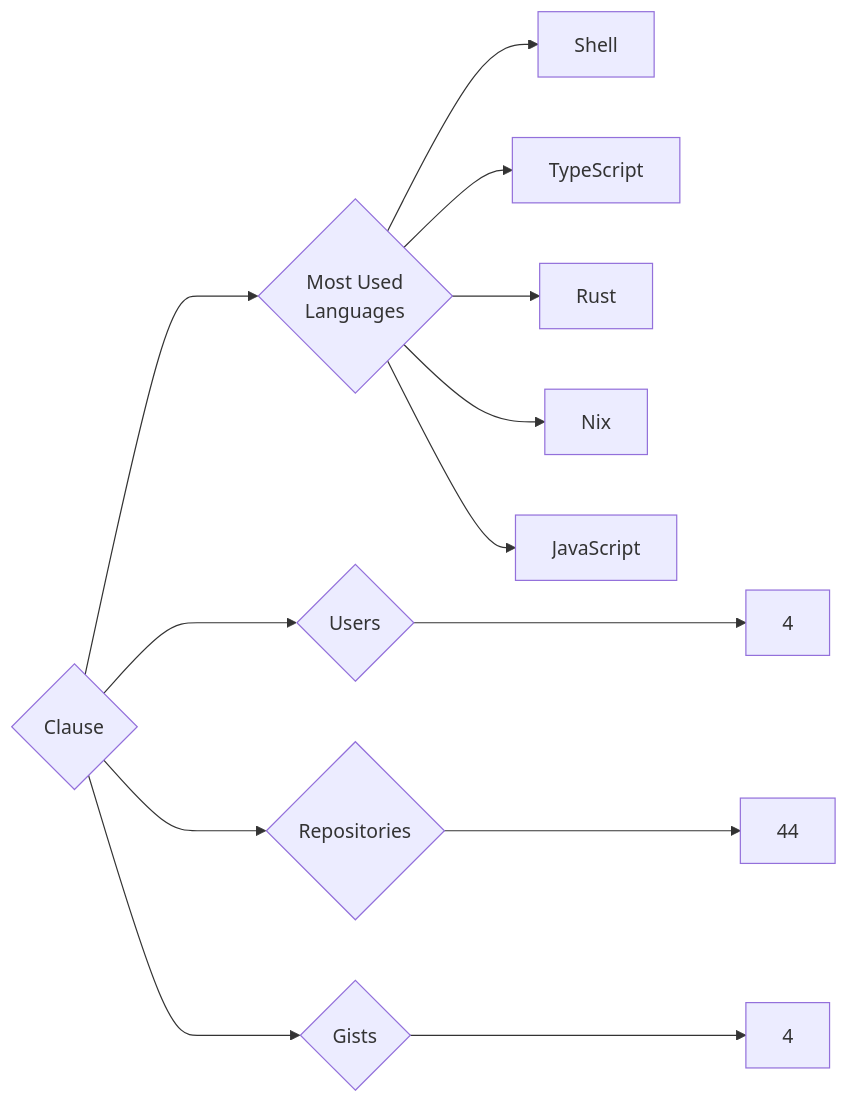
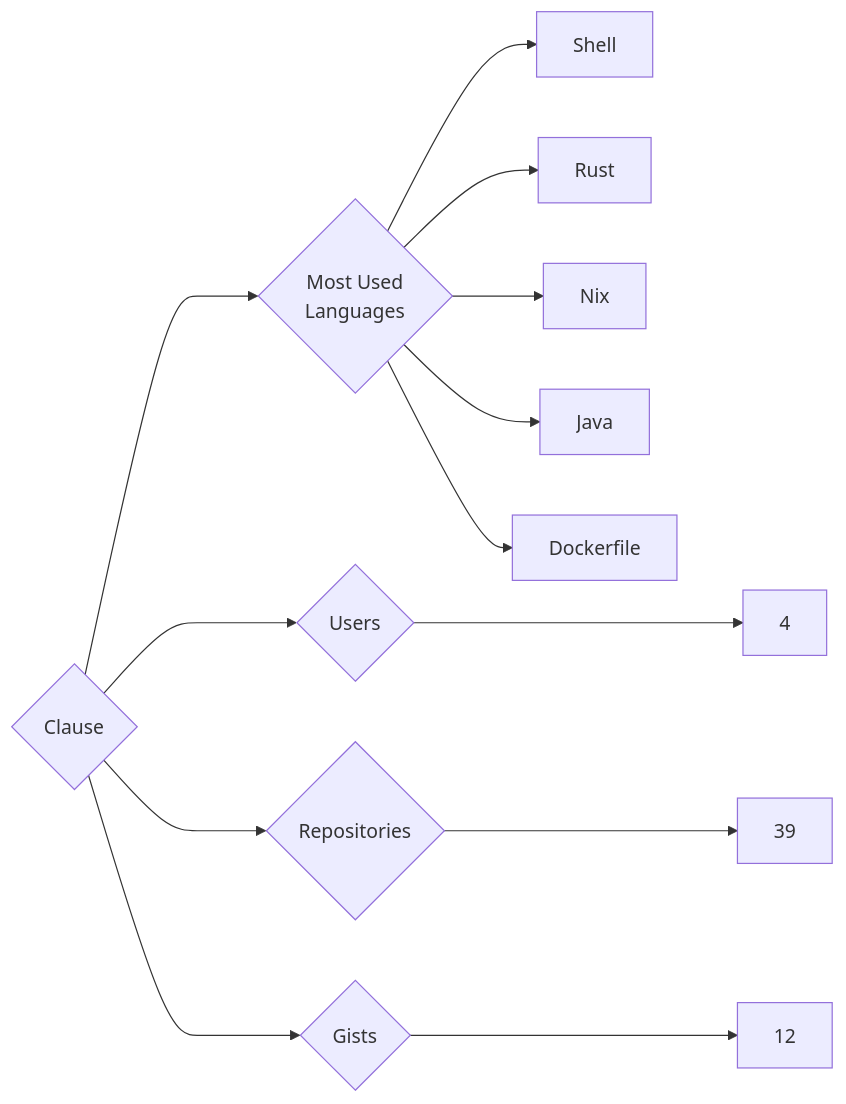
One commit to trickest/insiders changed the diagram in targets/Clause/README.md. Above: the diagram before and after it, drawn with Mermaid. The commit also changed 1148 other files, not shown here.

````diff
--- a/targets/Clause/README.md
+++ b/targets/Clause/README.md
@@ -3,13 +3,13 @@
 ```mermaid
 graph LR
 COMPANY_NAME{Clause}
 COMPANY_NAME ---> U{Users} ---> UN[4]
-COMPANY_NAME ---> R{Repositories} ---> RN[44]
-COMPANY_NAME ---> G{Gists} ---> GN[4]
+COMPANY_NAME ---> R{Repositories} ---> RN[39]
+COMPANY_NAME ---> G{Gists} ---> GN[12]
 COMPANY_NAME ---> ML{Most Used<br>Languages}
 ML --> Shell[Shell]
-ML --> TypeScript[TypeScript]
 ML --> Rust[Rust]
 ML --> Nix[Nix]
-ML --> JavaScript[JavaScript]
+ML --> Java[Java]
+ML --> Dockerfile[Dockerfile]
 ```
````
